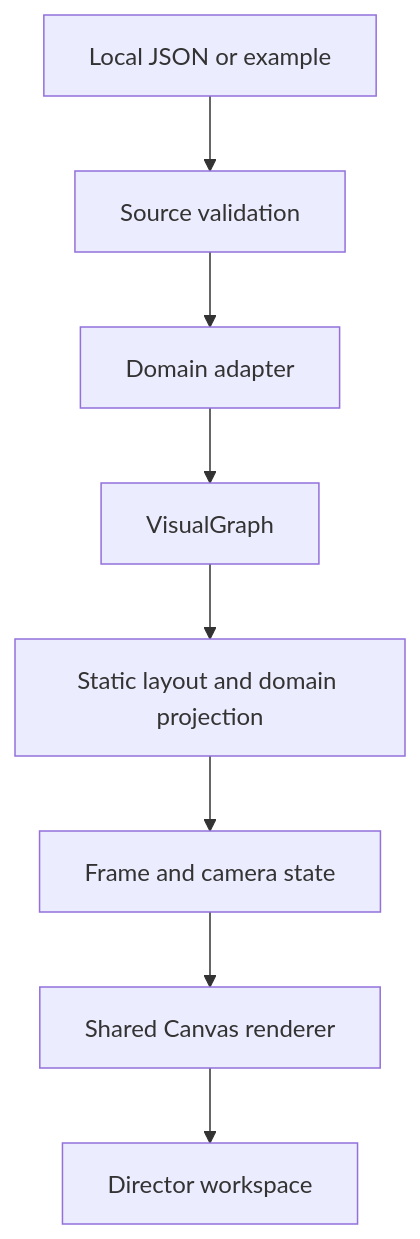
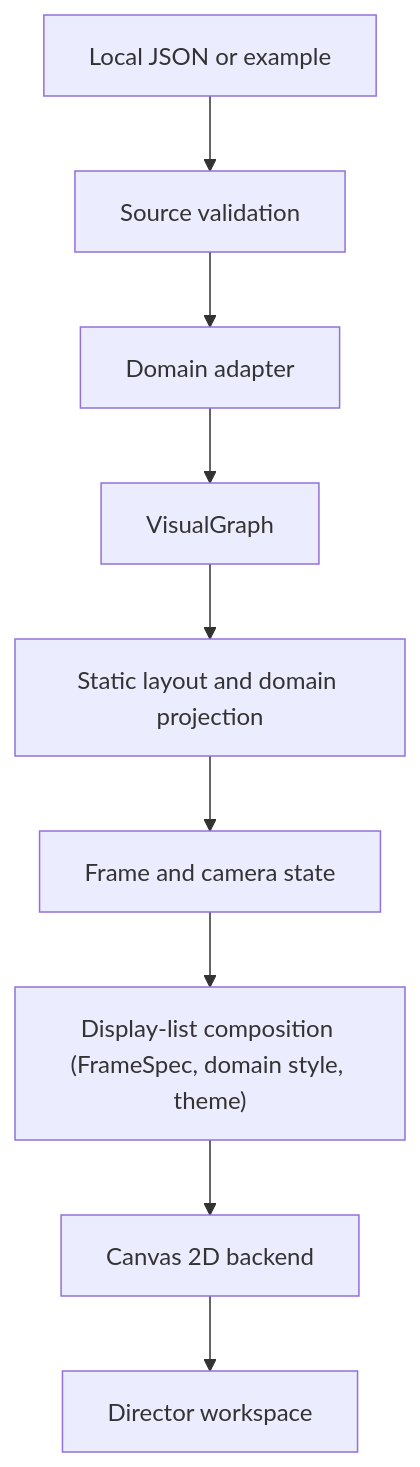
The diagram in docs/ARCHITECTURE.md (mingzhangyang/relgraph-studio), drawn with Mermaid before and after one commit. The commit also changed other lines of this file and 24 other files, not shown here.

First line of the commit message:
B1.5: compose frames into display lists from a FrameSpec

````diff
--- a/docs/ARCHITECTURE.md
+++ b/docs/ARCHITECTURE.md
@@ -11,8 +11,9 @@
 ```mermaid
 flowchart TD
   A["Local JSON or example"] --> B["Source validation"]
   B --> C["Domain adapter"] --> D["VisualGraph"]
   D --> E["Static layout and domain projection"]
   E --> F["Frame and camera state"]
-  F --> G["Shared Canvas renderer"] --> H["Director workspace"]
+  F --> G["Display-list composition (FrameSpec, domain style, theme)"]
+  G --> I["Canvas 2D backend"] --> H["Director workspace"]
 ```
````
